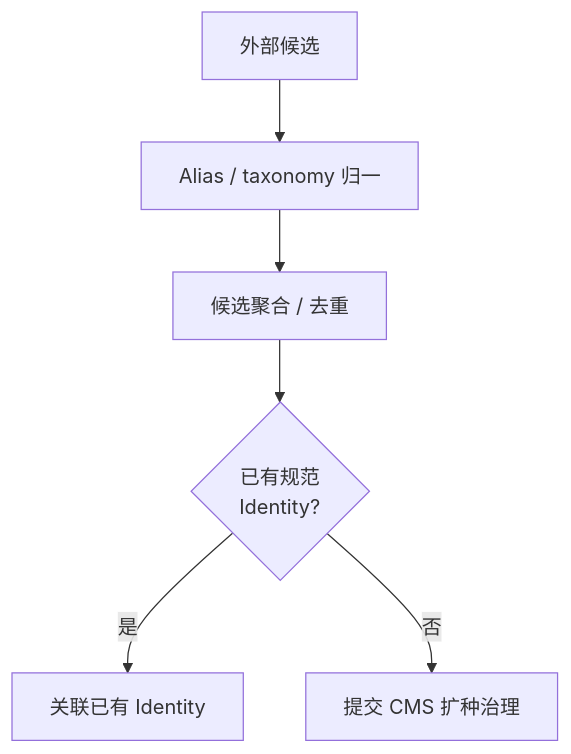
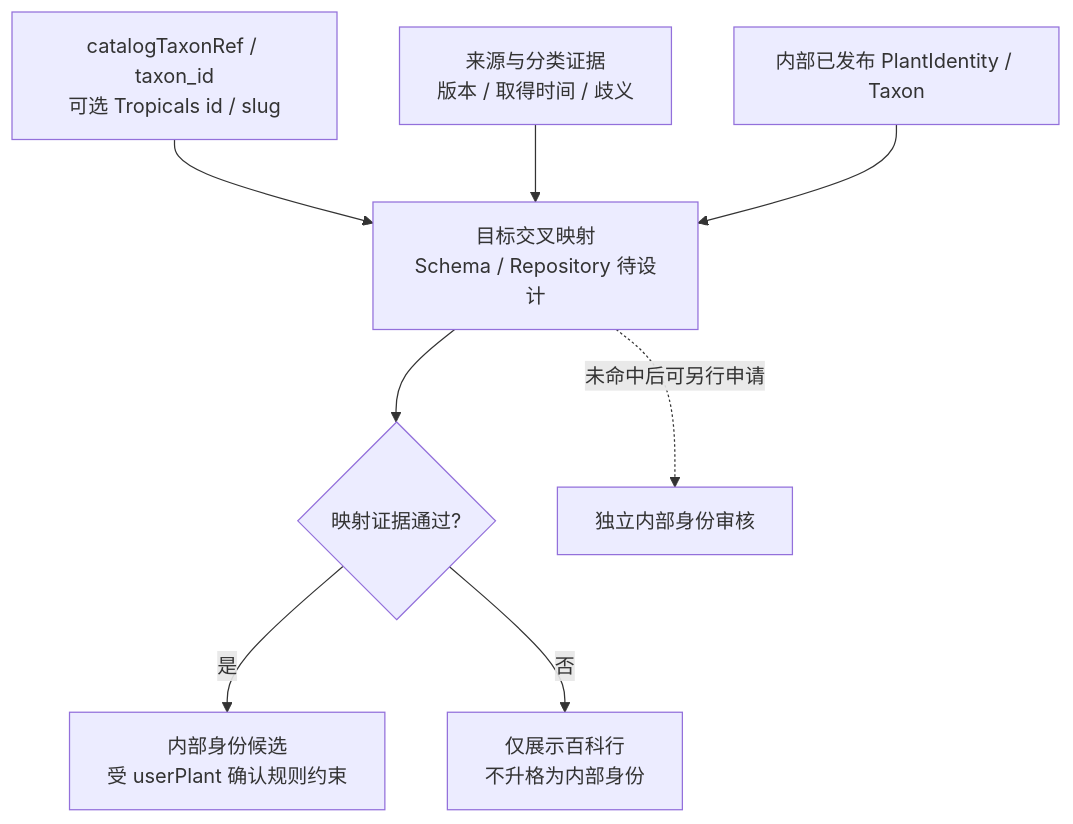
Diagram 11 of 25 in docs/backend-v2/architecture/business-domain-layers.md (dang0705/planting), drawn with Mermaid before and after one commit. The commit also changed other lines of this file and 1047 other files, not shown here.

````diff
--- a/docs/backend-v2/architecture/business-domain-layers.md
+++ b/docs/backend-v2/architecture/business-domain-layers.md
@@ -423,15 +416,19 @@
 ```mermaid
 flowchart TB
-  candidate["外部候选"]
-  alias["Alias / taxonomy 归一"]
-  dedup["候选聚合 / 去重"]
-  gate{"已有规范<br/>Identity?"}
-  use["关联已有 Identity"]
-  new["提交 CMS 扩种治理"]
+  external["catalogTaxonRef / taxon_id<br/>可选 Tropicals id / slug"]
+  evidence["来源与分类证据<br/>版本 / 取得时间 / 歧义"]
+  catalog["内部已发布 PlantIdentity / Taxon"]
+  crosswalk["目标交叉映射<br/>Schema / Repository 待设计"]
+  gate{"映射证据通过?"}
+  candidate["内部身份候选<br/>受 userPlant 确认规则约束"]
+  browse["仅展示百科行<br/>不升格为内部身份"]
+  review["独立内部身份审核"]
 
-  candidate --> alias
-  alias --> dedup
-  dedup --> gate
-  gate -->|是| use
-  gate -->|否| new
+  external --> crosswalk
+  evidence --> crosswalk
+  catalog --> crosswalk
+  crosswalk --> gate
+  gate -->|是| candidate
+  gate -->|否| browse
+  crosswalk -. "未命中后可另行申请" .-> review
 ```
````
